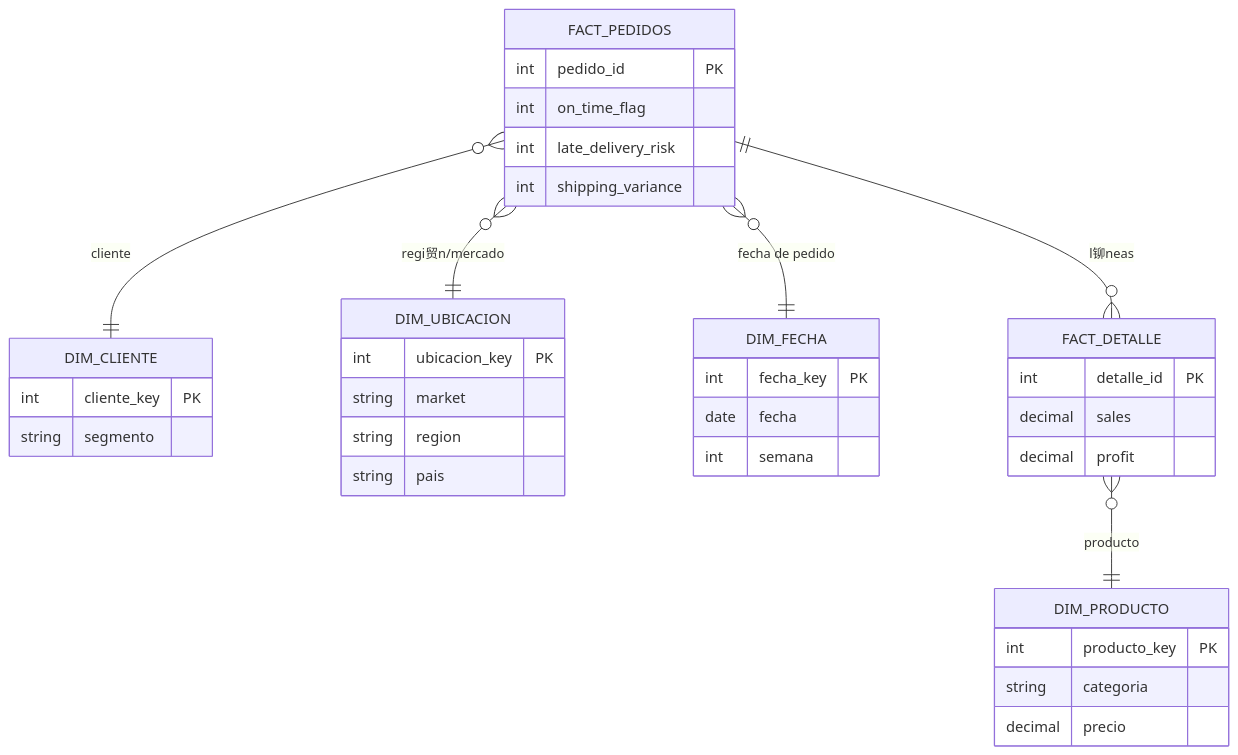
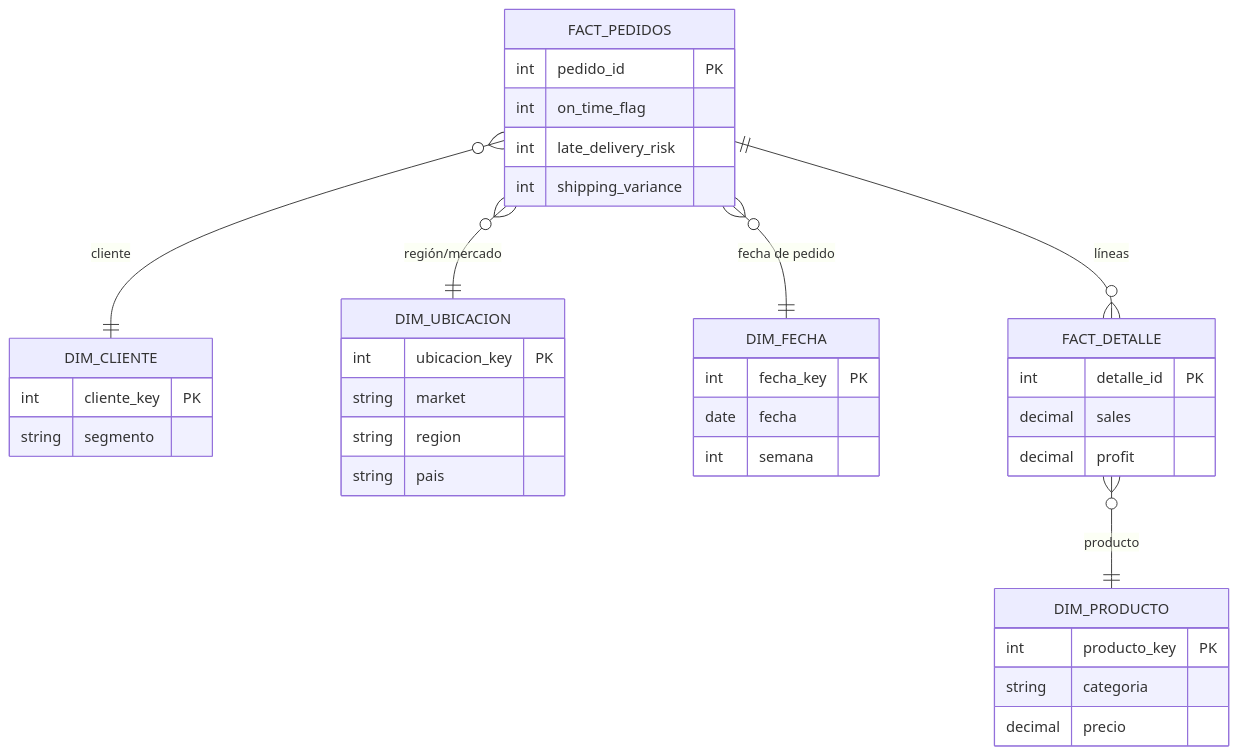
One commit to Josuhe-DataEngineering/DataBricks-PySpark-Extract-Performance-Logistico-DataCo changed the second of 3 diagrams in README.md. Above: the diagram before and after it, drawn with Mermaid. The commit also changed other lines of this file, not shown here.

````diff
--- a/README.md
+++ b/README.md
@@ -184,40 +184,40 @@
 ```mermaid
 erDiagram
     FACT_PEDIDOS }o--|| DIM_CLIENTE : "cliente"
-    FACT_PEDIDOS }o--|| DIM_UBICACION : "regi贸n/mercado"
+    FACT_PEDIDOS }o--|| DIM_UBICACION : "región/mercado"
     FACT_PEDIDOS }o--|| DIM_FECHA : "fecha de pedido"
-    FACT_PEDIDOS ||--o{ FACT_DETALLE : "l铆neas"
+    FACT_PEDIDOS ||--o{ FACT_DETALLE : "líneas"
     FACT_DETALLE }o--|| DIM_PRODUCTO : "producto"
 
     DIM_CLIENTE {
         int cliente_key PK
         string segmento
     }
     DIM_PRODUCTO {
         int producto_key PK
         string categoria
         decimal precio
     }
     DIM_UBICACION {
         int ubicacion_key PK
         string market
         string region
         string pais
     }
     DIM_FECHA {
         int fecha_key PK
         date fecha
         int semana
     }
     FACT_PEDIDOS {
         int pedido_id PK
         int on_time_flag
         int late_delivery_risk
         int shipping_variance
     }
     FACT_DETALLE {
         int detalle_id PK
         decimal sales
         decimal profit
     }
 ```
````
